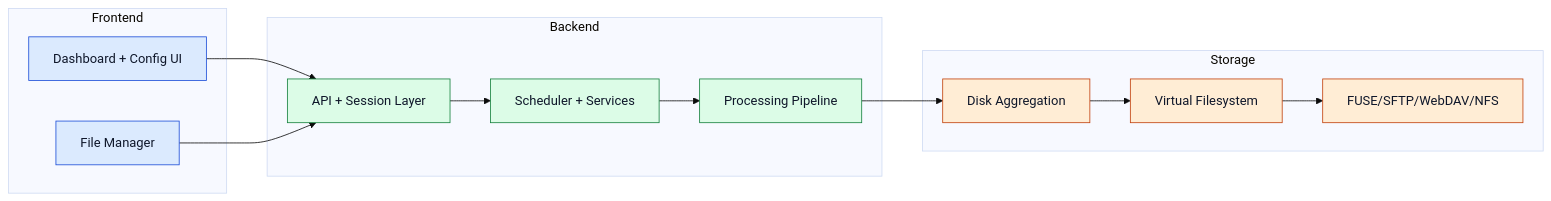
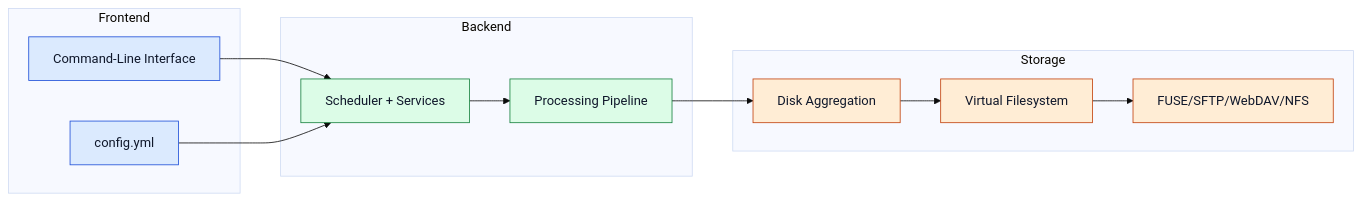
Before and after one commit to VulcanoSoftware/eindproject: the diagram in docusaurus/docs/intro.md, drawn with Mermaid (base theme). The commit also changed other lines of this file and 4 other files, not shown here.

````diff
--- a/docusaurus/docs/intro.md
+++ b/docusaurus/docs/intro.md
@@ -15,31 +15,30 @@
 ```mermaid
 flowchart LR
   subgraph Frontend
-    UI[Dashboard + Config UI]
-    FM[File Manager]
+    CLI[Command-Line Interface]
+    CFG[config.yml]
   end
 
   subgraph Backend
-    API[API + Session Layer]
     CORE[Scheduler + Services]
     PIPE[Processing Pipeline]
   end
 
   subgraph Storage
     AGG[Disk Aggregation]
     VFS[Virtual Filesystem]
     ACCESS[FUSE/SFTP/WebDAV/NFS]
   end
 
-  UI --> API
-  FM --> API
-  API --> CORE --> PIPE --> AGG --> VFS --> ACCESS
+  CLI --> CORE
+  CFG --> CORE
+  CORE --> PIPE --> AGG --> VFS --> ACCESS
 
   classDef frontend fill:#dbeafe,stroke:#1d4ed8,color:#0f172a,stroke-width:1px;
   classDef backend fill:#dcfce7,stroke:#15803d,color:#0f172a,stroke-width:1px;
   classDef storage fill:#ffedd5,stroke:#c2410c,color:#0f172a,stroke-width:1px;
 
-  class UI,FM frontend;
-  class API,CORE,PIPE backend;
+  class CLI,CFG frontend;
+  class CORE,PIPE backend;
   class AGG,VFS,ACCESS storage;
 ```
````
